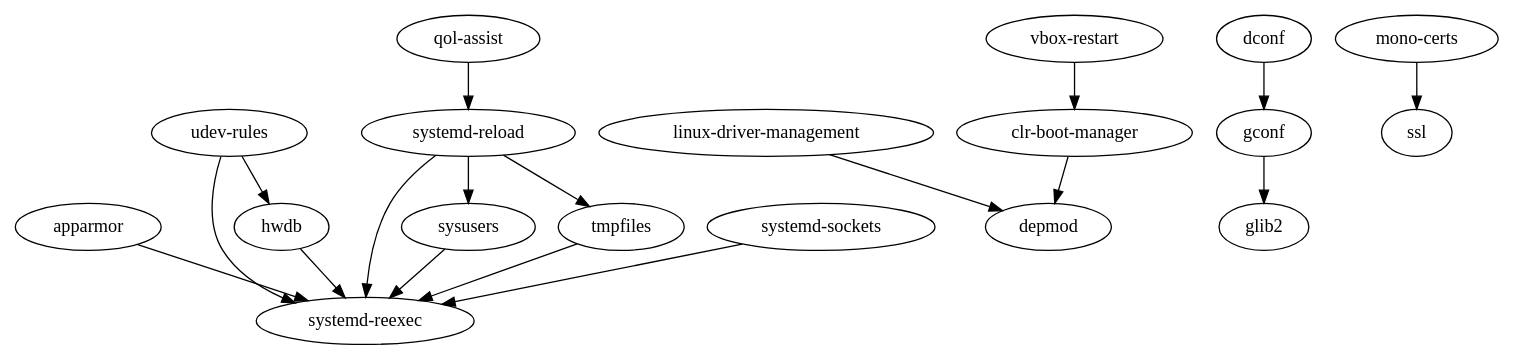
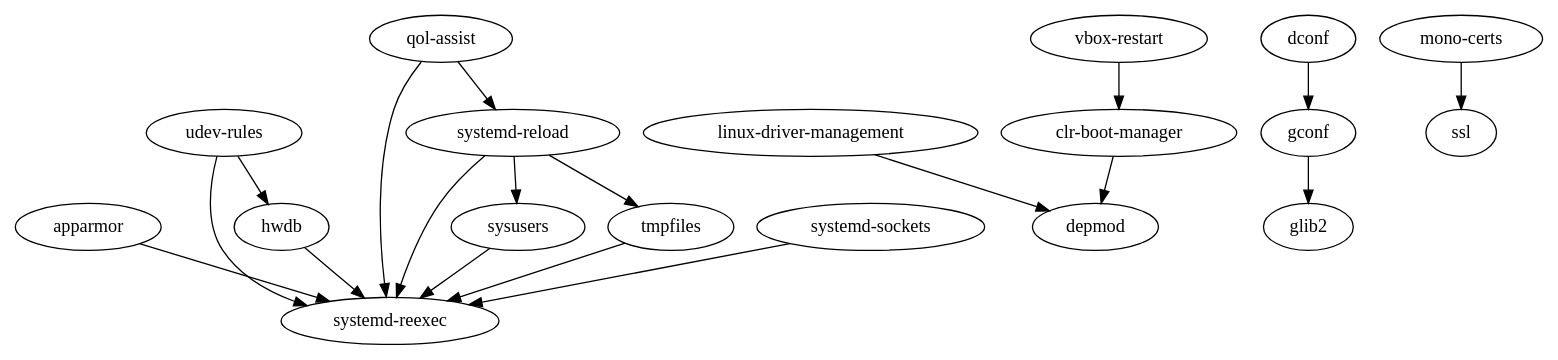
One commit to getsolus/usysconf changed the diagram in docs/dependencies.dot. Above: the diagram before and after it, drawn with Graphviz. The commit also changed 11 other files, not shown here.

First line of the commit message:
Added graph validation and multiple removals

```diff
--- a/docs/dependencies.dot
+++ b/docs/dependencies.dot
@@ -1,19 +1,20 @@
 digraph {
-    "apparmor" -> "systemd-reexec";
-    "clr-boot-manager" -> "depmod";
-    "dconf" -> "gconf";
-    "gconf" -> "glib2";
-    "hwdb" -> "systemd-reexec";
-    "linux-driver-management" -> "depmod";
-    "mono-certs" -> "ssl";
-    "qol-assist" -> "systemd-reload";
-    "systemd-reload" -> "systemd-reexec";
-    "systemd-reload" -> "sysusers";
-    "systemd-reload" -> "tmpfiles";
-    "systemd-sockets" -> "systemd-reexec";
-    "sysusers" -> "systemd-reexec";
-    "tmpfiles" -> "systemd-reexec";
-    "udev-rules" -> "hwdb";
-    "udev-rules" -> "systemd-reexec";
-    "vbox-restart" -> "clr-boot-manager";
+	"apparmor" -> "systemd-reexec";
+	"clr-boot-manager" -> "depmod";
+	"dconf" -> "gconf";
+	"gconf" -> "glib2";
+	"hwdb" -> "systemd-reexec";
+	"linux-driver-management" -> "depmod";
+	"mono-certs" -> "ssl";
+	"qol-assist" -> "systemd-reexec";
+	"qol-assist" -> "systemd-reload";
+	"systemd-reload" -> "systemd-reexec";
+	"systemd-reload" -> "sysusers";
+	"systemd-reload" -> "tmpfiles";
+	"systemd-sockets" -> "systemd-reexec";
+	"sysusers" -> "systemd-reexec";
+	"tmpfiles" -> "systemd-reexec";
+	"udev-rules" -> "hwdb";
+	"udev-rules" -> "systemd-reexec";
+	"vbox-restart" -> "clr-boot-manager";
 }
```
